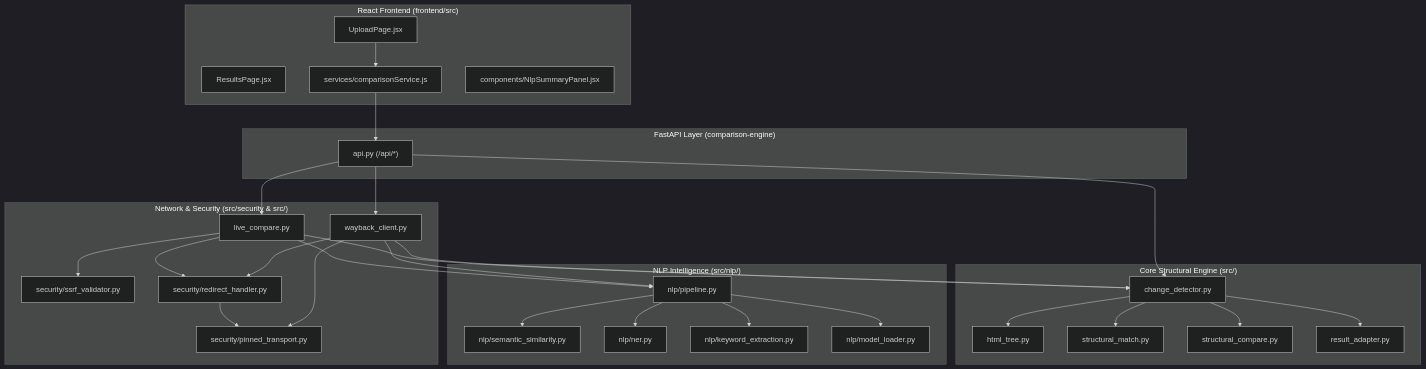
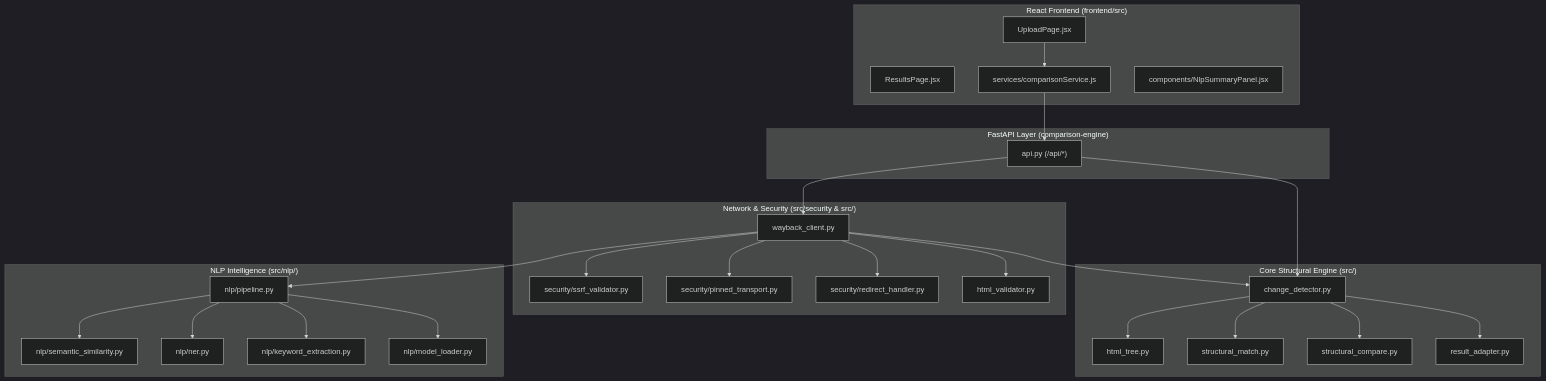
Before and after one commit to priyapandey-maker/Webpage-comparison: the diagram in VIVA_PREPARATION.md, drawn with Mermaid (dark theme). The commit also changed other lines of this file and 28 other files, not shown here.

````diff
--- a/VIVA_PREPARATION.md
+++ b/VIVA_PREPARATION.md
@@ -92,60 +91,56 @@
 ```mermaid
 graph TD
     subgraph Frontend["React Frontend (frontend/src)"]
         UI_UP["UploadPage.jsx"]
         UI_RES["ResultsPage.jsx"]
         UI_API["services/comparisonService.js"]
         UI_NLP["components/NlpSummaryPanel.jsx"]
     end
 
     subgraph API_Layer["FastAPI Layer (comparison-engine)"]
         API["api.py (/api/*)"]
     end
 
     subgraph Core_Engine["Core Structural Engine (src/)"]
         TREE["html_tree.py"]
         MATCH["structural_match.py"]
         COMP["structural_compare.py"]
         DET["change_detector.py"]
         ADAPT["result_adapter.py"]
     end
 
     subgraph Network_Security["Network & Security (src/security & src/)"]
         SEC["security/ssrf_validator.py"]
         PIN["security/pinned_transport.py"]
         RED["security/redirect_handler.py"]
-        LIVE["live_compare.py"]
+        VAL["html_validator.py"]
         WAY["wayback_client.py"]
     end
 
     subgraph NLP_Module["NLP Intelligence (src/nlp/)"]
         PIPE["nlp/pipeline.py"]
         SEM["nlp/semantic_similarity.py"]
         NER["nlp/ner.py"]
         KW["nlp/keyword_extraction.py"]
         LOAD["nlp/model_loader.py"]
     end
 
     UI_UP --> UI_API
     UI_API --> API
     API --> DET
-    API --> LIVE
     API --> WAY
-    LIVE --> SEC
-    LIVE --> RED
-    RED --> PIN
+    WAY --> SEC
     WAY --> RED
     WAY --> PIN
-    LIVE --> DET
-    LIVE --> PIPE
+    WAY --> VAL
     WAY --> DET
     WAY --> PIPE
     DET --> TREE
     DET --> MATCH
     DET --> COMP
     DET --> ADAPT
     PIPE --> SEM
     PIPE --> NER
     PIPE --> KW
     PIPE --> LOAD
 ```
````
